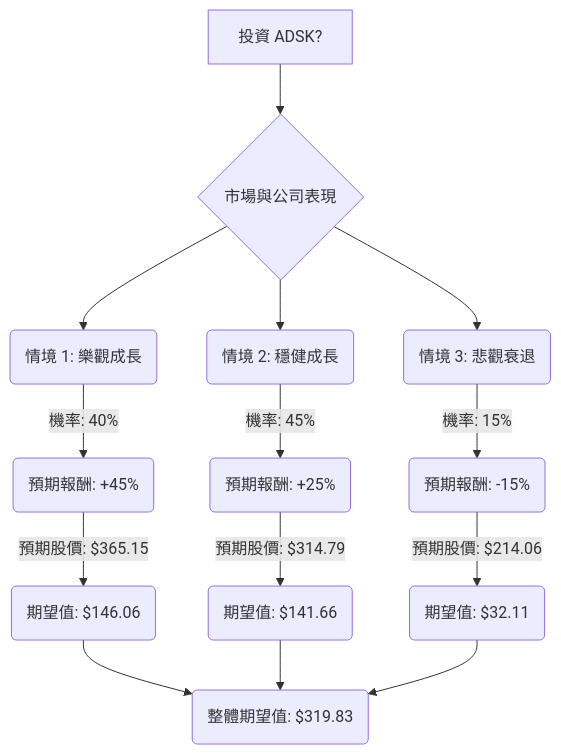
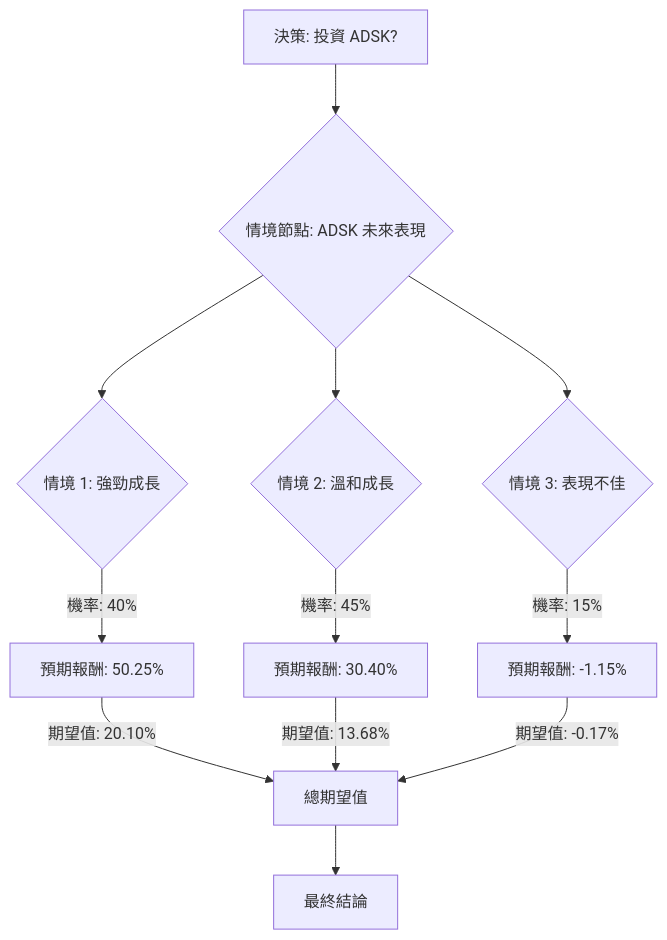
Before and after one commit to zmcx16/zmcx16.github.io: the diagram in plugin-react/ai-analysis/ev-analysis/ADSK.md, drawn with Mermaid. The commit also changed other lines of this file and 77 other files, not shown here.

````diff
--- a/plugin-react/ai-analysis/ev-analysis/ADSK.md
+++ b/plugin-react/ai-analysis/ev-analysis/ADSK.md
@@ -51,18 +36,18 @@
 ```mermaid
 graph TD
-    A[投資 ADSK?] --> B{市場與公司表現}
+    A[決策: 投資 ADSK?] --> B{情境節點: ADSK 未來表現}
 
-    B --> C1(情境 1: 樂觀成長)
-    C1 -- 機率: 40% --> C1_Outcome(預期報酬: +45%)
-    C1_Outcome -- 預期股價: $365.15 --> C1_EV(期望值: $146.06)
+    B --> C{情境 1: 強勁成長}
+    C -- 機率: 40% --> C1[預期報酬: 50.25%]
+    C1 -- 期望值: 20.10% --> D[總期望值]
 
-    B --> C2(情境 2: 穩健成長)
-    C2 -- 機率: 45% --> C2_Outcome(預期報酬: +25%)
-    C2_Outcome -- 預期股價: $314.79 --> C2_EV(期望值: $141.66)
+    B --> E{情境 2: 溫和成長}
+    E -- 機率: 45% --> E1[預期報酬: 30.40%]
+    E1 -- 期望值: 13.68% --> D
 
-    B --> C3(情境 3: 悲觀衰退)
-    C3 -- 機率: 15% --> C3_Outcome(預期報酬: -15%)
-    C3_Outcome -- 預期股價: $214.06 --> C3_EV(期望值: $32.11)
+    B --> F{情境 3: 表現不佳}
+    F -- 機率: 15% --> F1[預期報酬: -1.15%]
+    F1 -- 期望值: -0.17% --> D
 
-    C1_EV & C2_EV & C3_EV --> D(整體期望值: $319.83)
+    D --> G[最終結論]
 ```
````
